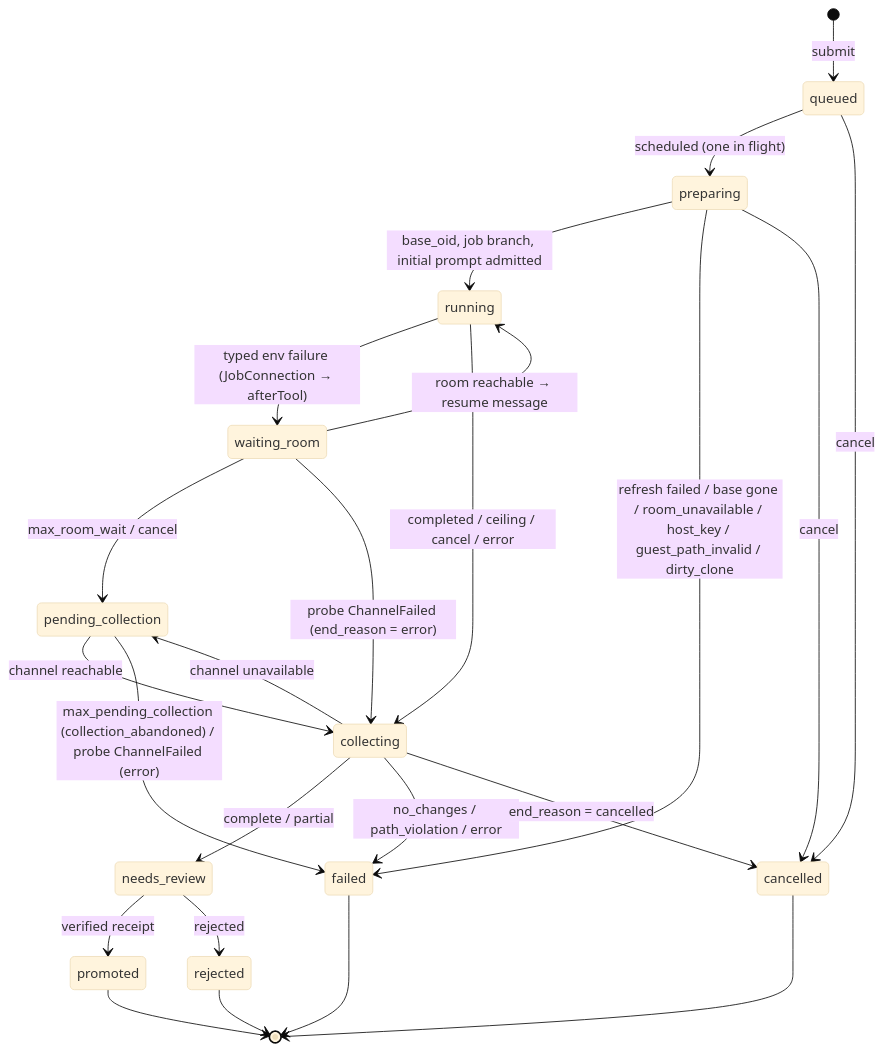
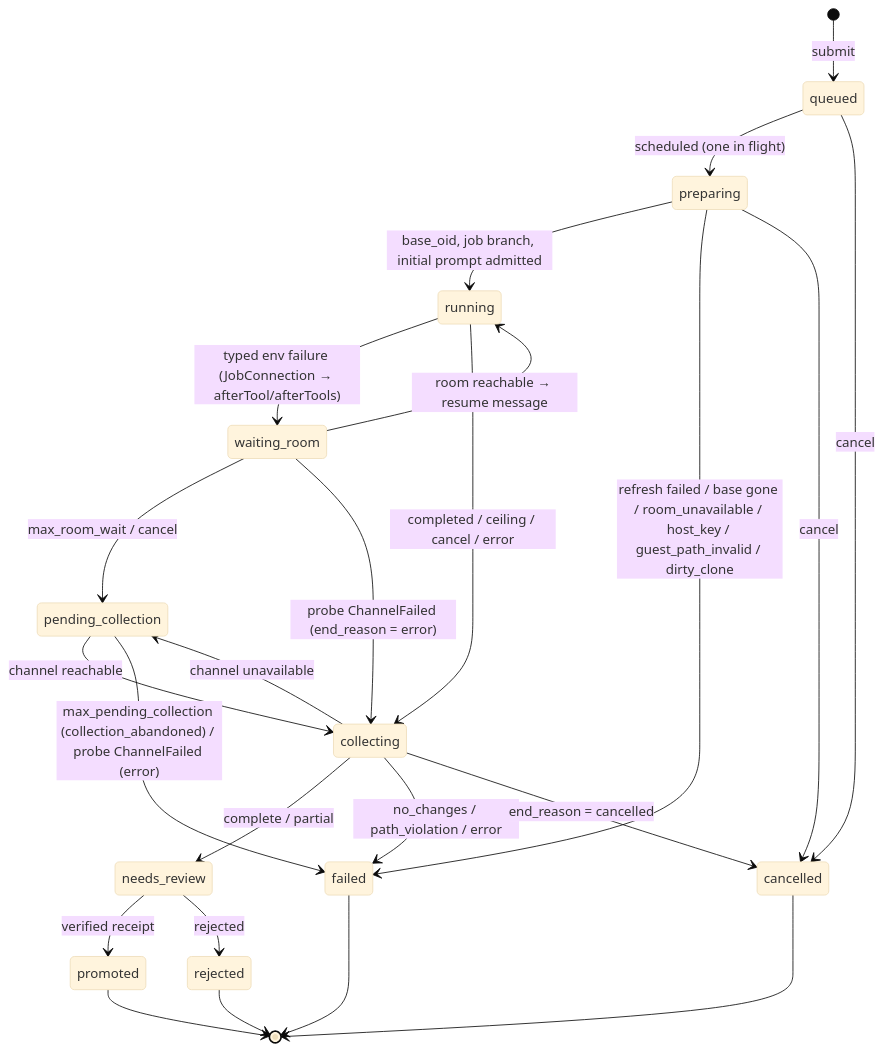
One commit to davidlee/satan changed the third of 7 diagrams in .doctrine/slice/023/design.md. Above: the diagram before and after it, drawn with Mermaid (base theme). The commit also changed other lines of this file and 50 other files, not shown here.

````diff
--- a/.doctrine/slice/023/design.md
+++ b/.doctrine/slice/023/design.md
@@ -728,26 +789,26 @@
 ```mermaid
 stateDiagram-v2
   [*] --> queued: submit
   queued --> preparing: scheduled (one in flight)
   queued --> cancelled: cancel
   preparing --> running: base_oid, job branch, initial prompt admitted
   preparing --> failed: refresh failed / base gone / room_unavailable / host_key / guest_path_invalid / dirty_clone
   preparing --> cancelled: cancel
-  running --> waiting_room: typed env failure (JobConnection → afterTool)
+  running --> waiting_room: typed env failure (JobConnection → afterTool/afterTools)
   waiting_room --> running: room reachable → resume message
   running --> collecting: completed / ceiling / cancel / error
   waiting_room --> pending_collection: max_room_wait / cancel
   waiting_room --> collecting: probe ChannelFailed (end_reason = error)
   collecting --> pending_collection: channel unavailable
   pending_collection --> collecting: channel reachable
   pending_collection --> failed: max_pending_collection (collection_abandoned) / probe ChannelFailed (error)
   collecting --> needs_review: complete / partial
   collecting --> failed: no_changes / path_violation / error
   collecting --> cancelled: end_reason = cancelled
   needs_review --> promoted: verified receipt
   needs_review --> rejected: rejected
   promoted --> [*]
   rejected --> [*]
   cancelled --> [*]
   failed --> [*]
 ```
````
